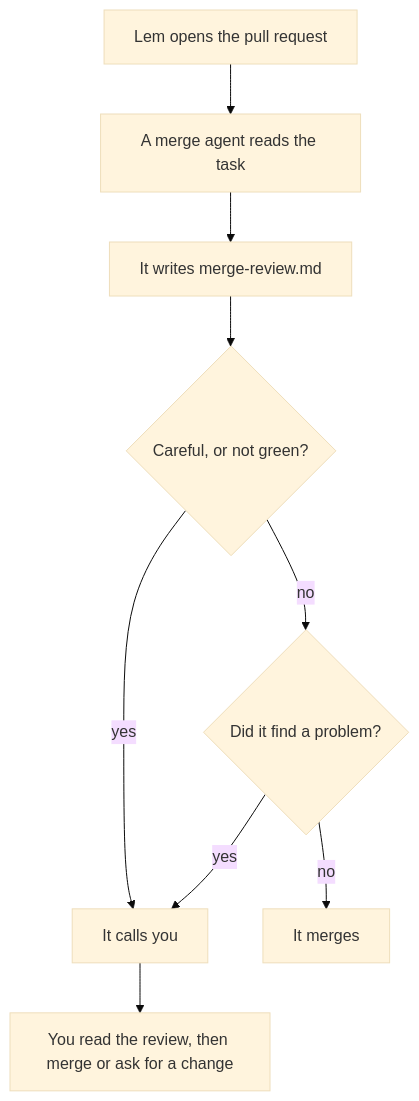
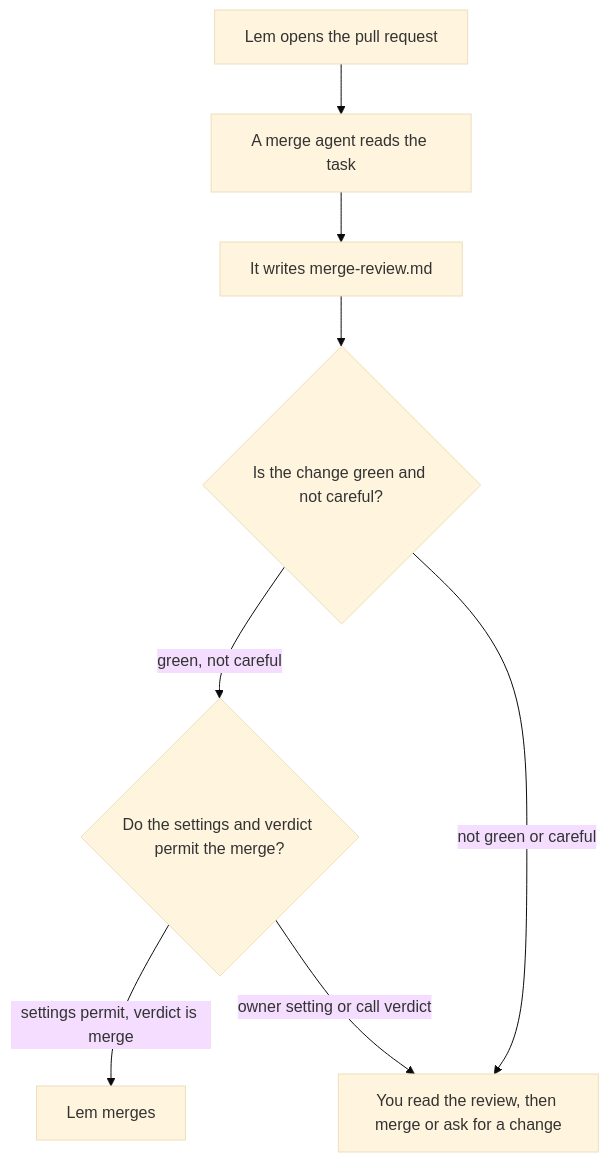
One commit to pySilver/lem changed the diagram in docs/merge.md. Above: the diagram before and after it, drawn with Mermaid (base theme). The commit also changed other lines of this file and 22 other files, not shown here.

````diff
--- a/docs/merge.md
+++ b/docs/merge.md
@@ -13,11 +13,10 @@
 ```mermaid
 flowchart TD
     A["Lem opens the pull request"] --> B["A merge agent reads the task"]
     B --> C["It writes merge-review.md"]
-    C --> D{"Careful, or not green?"}
-    D -- "yes" --> W["It calls you"]
-    D -- "no" --> E{"Did it find a problem?"}
-    E -- "yes" --> W
-    E -- "no" --> M["It merges"]
-    W --> Y["You read the review, then merge or ask for a change"]
+    C --> D{"Is the change green and not careful?"}
+    D -- "green, not careful" --> E{"Do the settings and verdict permit the merge?"}
+    D -- "not green or careful" --> Y["You read the review, then merge or ask for a change"]
+    E -- "settings permit, verdict is merge" --> M["Lem merges"]
+    E -- "owner setting or call verdict" --> Y
 ```
````
